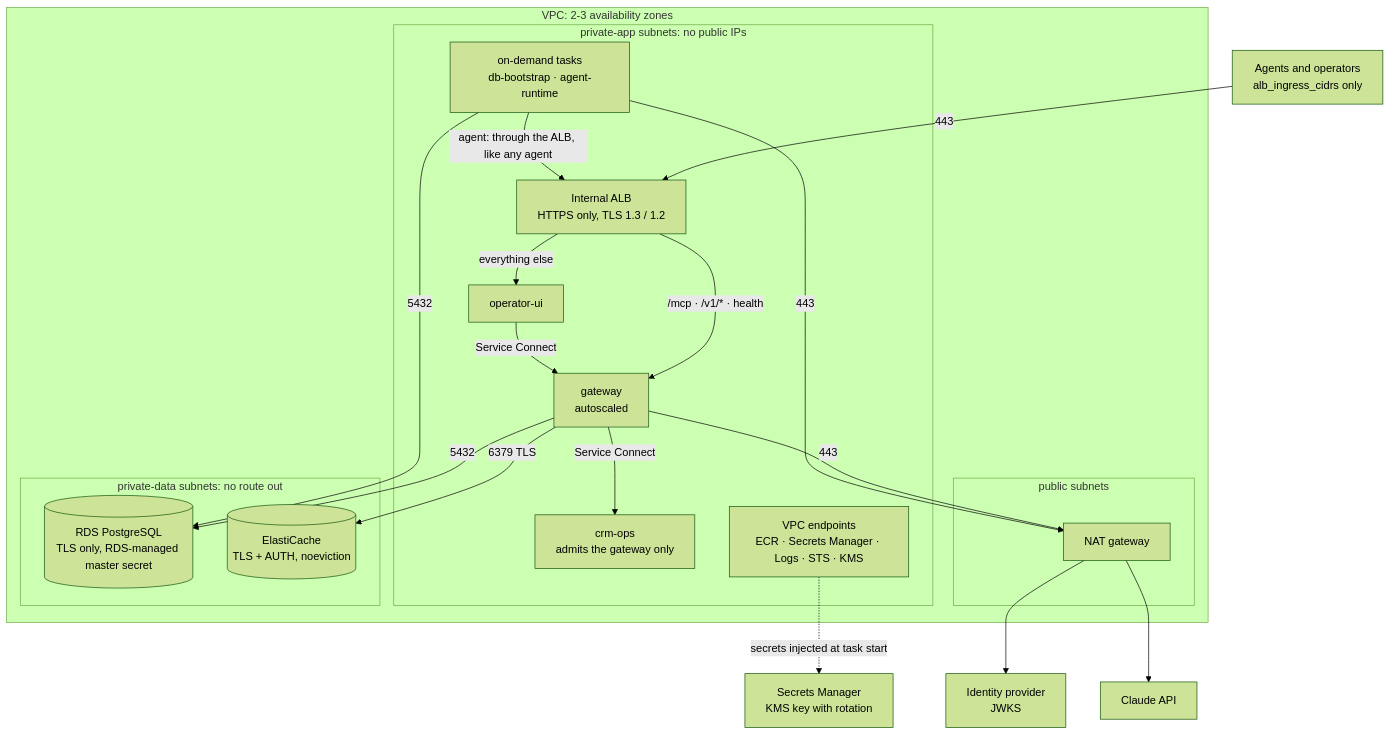
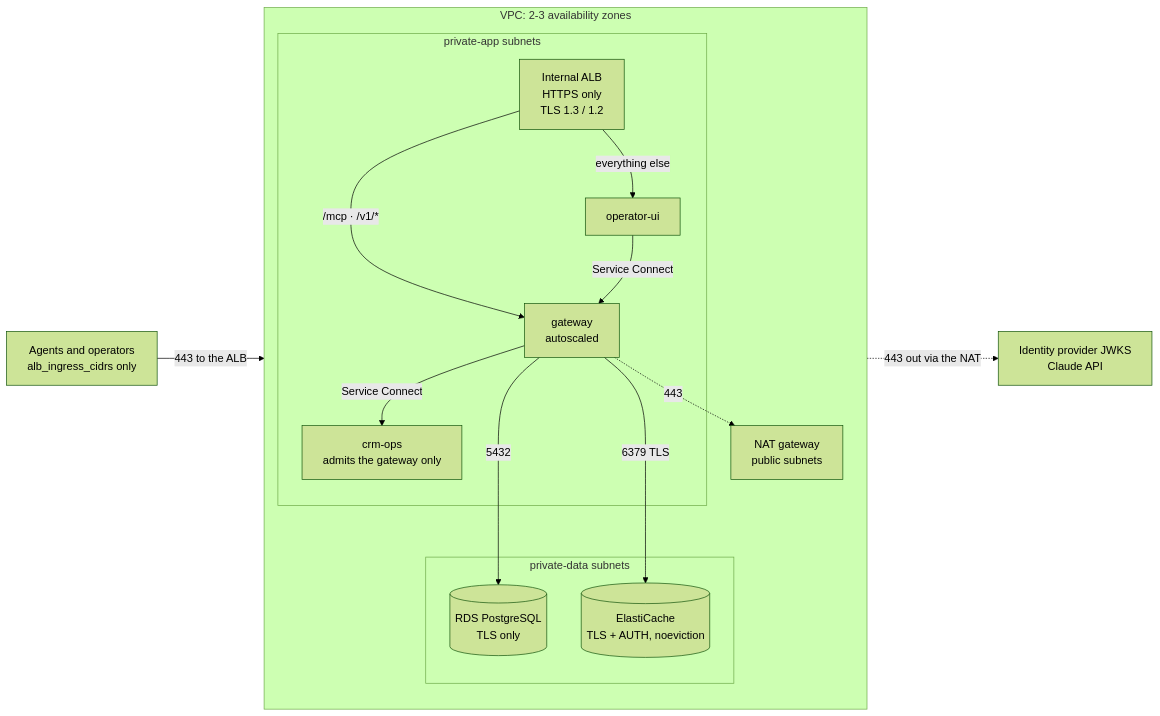
One commit to lovable-solution/mcp-enterprise-gateway changed the sixth of 6 diagrams in README.md. Above: the diagram before and after it, drawn with Mermaid (forest theme). The commit also changed other lines of this file, not shown here.

First line of the commit message:
docs: fix Mermaid diagram layouts in README

````diff
--- a/README.md
+++ b/README.md
@@ -312,40 +312,30 @@
 ```mermaid
-flowchart TB
+flowchart LR
   clients["Agents and operators<br/>alb_ingress_cidrs only"]
-  idp["Identity provider<br/>JWKS"]
-  anthropic["Claude API"]
+  internet["Identity provider JWKS<br/>Claude API"]
 
   subgraph vpc["VPC: 2-3 availability zones"]
-    subgraph public["public subnets"]
-      nat["NAT gateway"]
+    direction TB
+    subgraph app["private-app subnets"]
+      alb["Internal ALB<br/>HTTPS only<br/>TLS 1.3 / 1.2"]
+      console["operator-ui"]
+      gateway["gateway<br/>autoscaled"]
+      crm["crm-ops<br/>admits the gateway only"]
     end
-    subgraph app["private-app subnets: no public IPs"]
-      alb["Internal ALB<br/>HTTPS only, TLS 1.3 / 1.2"]
-      gateway["gateway<br/>autoscaled"]
-      console["operator-ui"]
-      crm["crm-ops<br/>admits the gateway only"]
-      tasks["on-demand tasks<br/>db-bootstrap · agent-runtime"]
-      endpoints["VPC endpoints<br/>ECR · Secrets Manager · Logs · STS · KMS"]
-    end
-    subgraph data["private-data subnets: no route out"]
-      rds[("RDS PostgreSQL<br/>TLS only, RDS-managed master secret")]
+    subgraph data["private-data subnets"]
+      rds[("RDS PostgreSQL<br/>TLS only")]
       cache[("ElastiCache<br/>TLS + AUTH, noeviction")]
     end
+    nat["NAT gateway<br/>public subnets"]
+    alb -->|"/mcp · /v1/*"| gateway
+    alb -->|"everything else"| console
+    console -->|"Service Connect"| gateway
+    gateway -->|"Service Connect"| crm
+    gateway --->|"5432"| rds
+    gateway --->|"6379 TLS"| cache
+    gateway -.->|"443"| nat
   end
-  secrets["Secrets Manager<br/>KMS key with rotation"]
 
-  clients -->|"443"| alb
-  alb -->|"/mcp · /v1/* · health"| gateway
-  alb -->|"everything else"| console
-  console -->|"Service Connect"| gateway
-  gateway -->|"Service Connect"| crm
-  gateway -->|"5432"| rds
-  gateway -->|"6379 TLS"| cache
-  tasks -->|"5432"| rds
-  tasks -->|"agent: through the ALB, like any agent"| alb
-  gateway -->|"443"| nat
-  tasks -->|"443"| nat
-  nat --> idp
-  nat --> anthropic
-  endpoints -.->|"secrets injected at task start"| secrets
+  clients -->|"443 to the ALB"| vpc
+  vpc -.->|"443 out via the NAT"| internet
 ```
````
